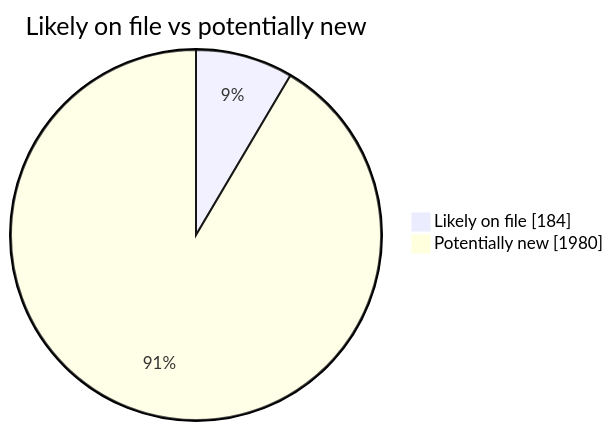
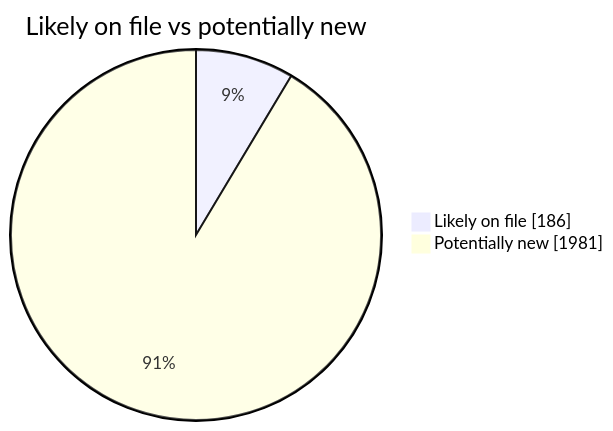
Before and after one commit to martinbalfanz/social-scanner-reports: the second of 4 diagrams in README.md, drawn with Mermaid. The commit also changed other lines of this file and 4 other files, not shown here.

````diff
--- a/README.md
+++ b/README.md
@@ -40,5 +40,5 @@
 ```mermaid
 pie showData title Likely on file vs potentially new
-    "Likely on file" : 184
-    "Potentially new" : 1980
+    "Likely on file" : 186
+    "Potentially new" : 1981
 ```
````
